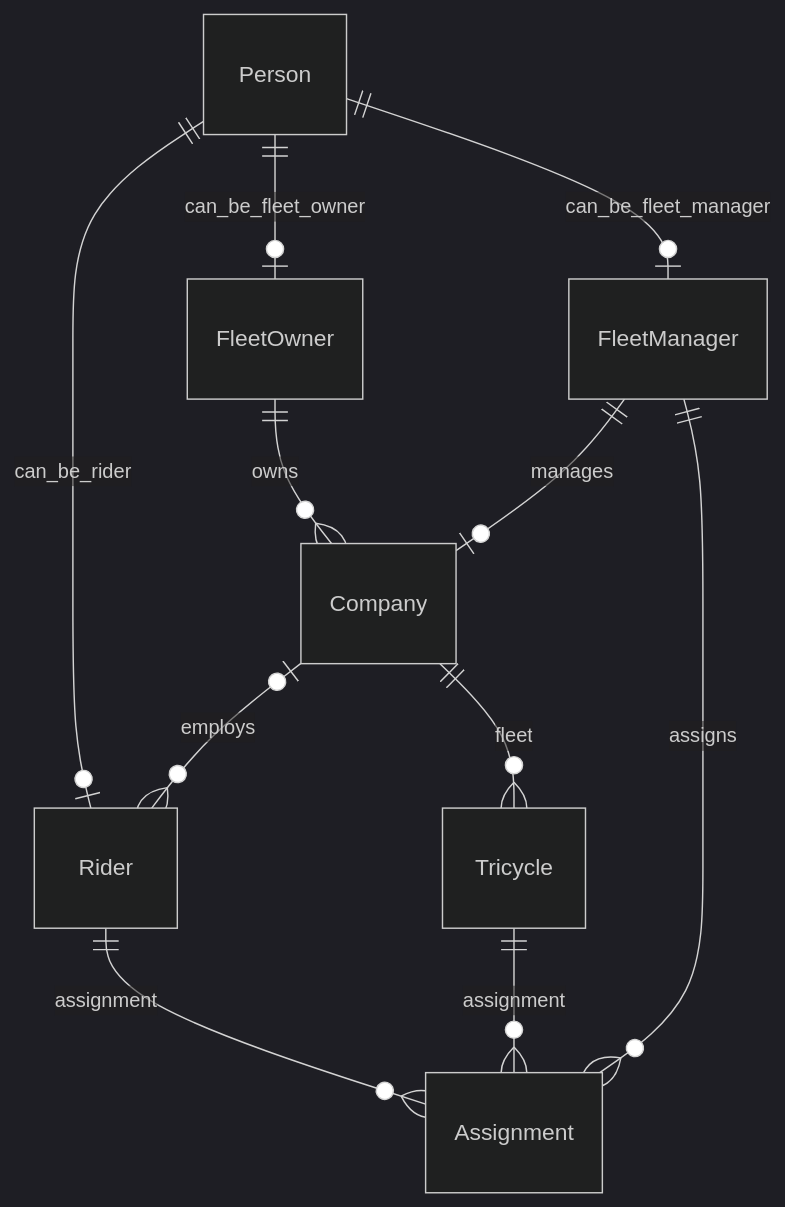
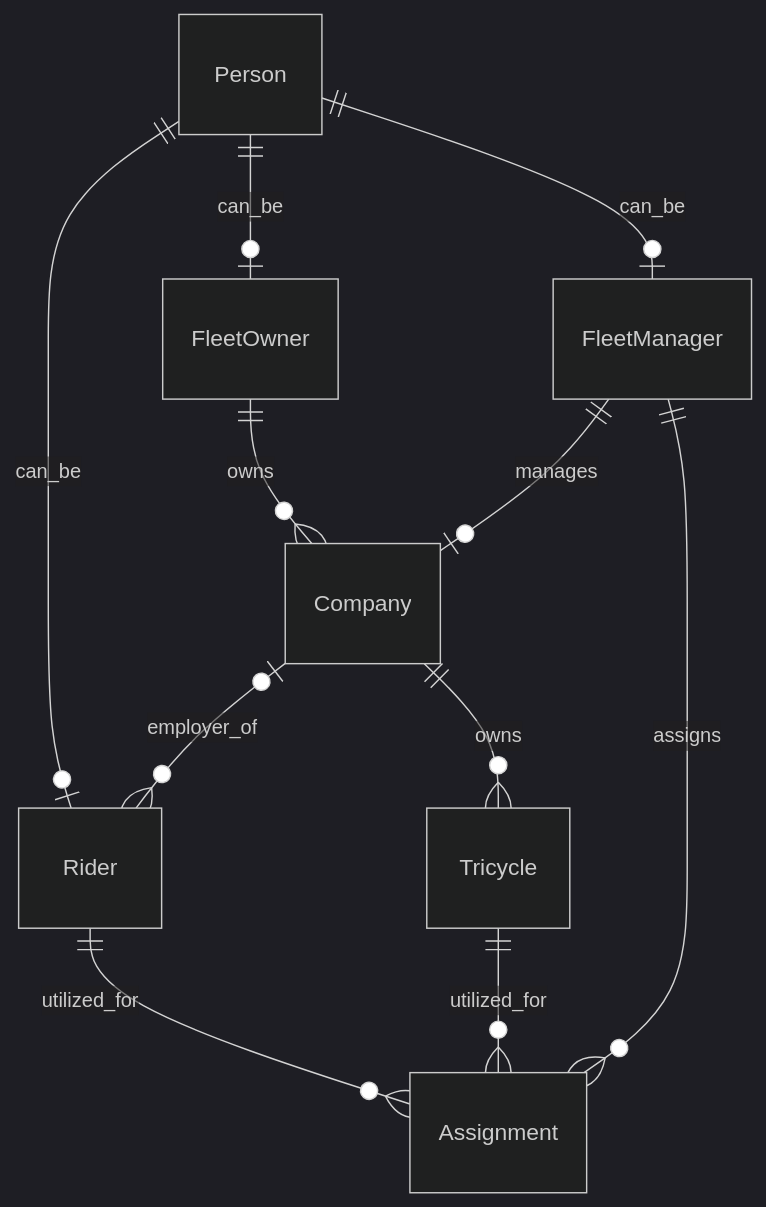
The diagram in README.md (ize-302/fleet-management-ontology), drawn with Mermaid (dark theme) before and after one commit. The commit also changed other lines of this file, not shown here.

````diff
--- a/README.md
+++ b/README.md
@@ -184,13 +189,13 @@
 ```mermaid
 erDiagram
-    Person       ||--o| Rider       : can_be_rider
-    Person       ||--o| FleetOwner  : can_be_fleet_owner
-    Person       ||--o| FleetManager: can_be_fleet_manager
+    Person       ||--o| Rider       : can_be
+    Person       ||--o| FleetOwner  : can_be
+    Person       ||--o| FleetManager: can_be
     FleetOwner   ||--o{ Company     : owns
     FleetManager ||--o| Company     : manages
-    Company      ||--o{ Tricycle    : fleet
-    Company      |o--o{ Rider       : employs
-    Rider        ||--o{ Assignment  : assignment
-    Tricycle     ||--o{ Assignment  : assignment
+    Company      ||--o{ Tricycle    : owns
+    Company      |o--o{ Rider       : employer_of
+    Rider        ||--o{ Assignment  : utilized_for
+    Tricycle     ||--o{ Assignment  : utilized_for
     FleetManager ||--o{ Assignment  : assigns
 ```
````
